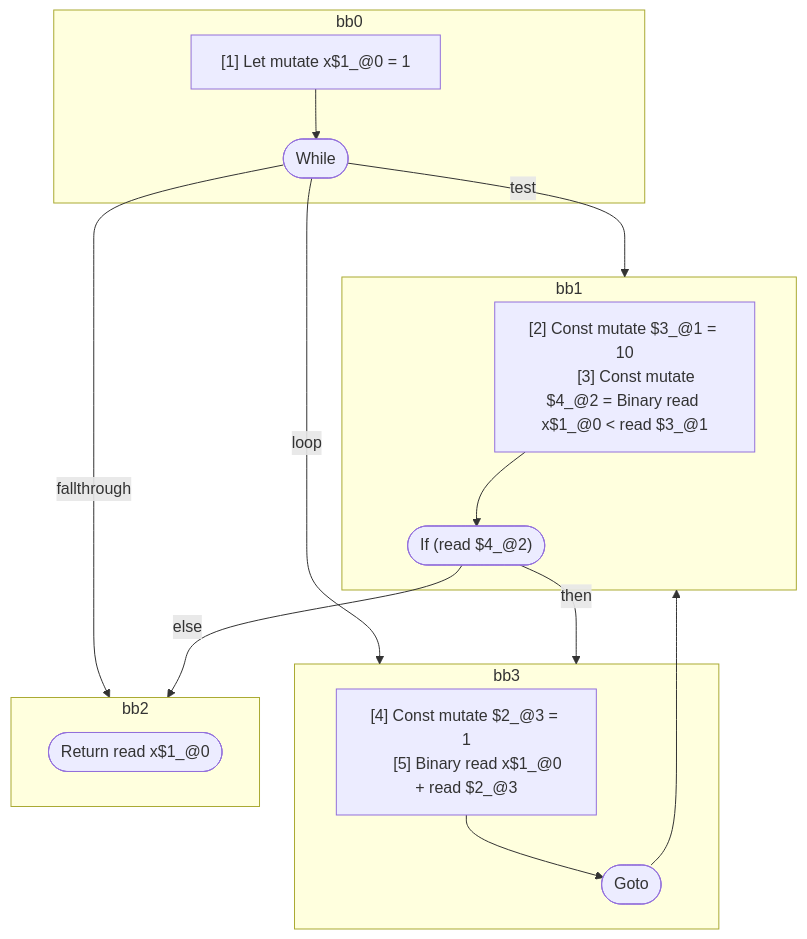
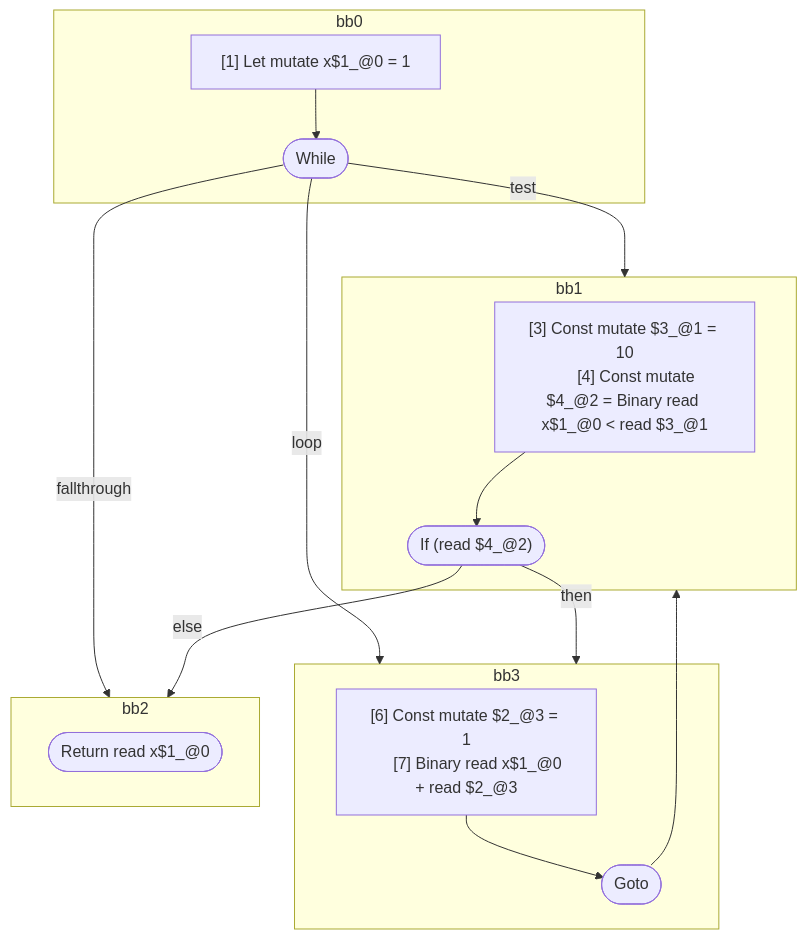
Before and after one commit to wutsmog/private: the diagram in compiler/forget/src/__tests__/fixtures/hir/ssa-while-no-reassign.expect.md, drawn with Mermaid. The commit also changed other lines of this file and 61 other files, not shown here.

````diff
--- a/compiler/forget/src/__tests__/fixtures/hir/ssa-while-no-reassign.expect.md
+++ b/compiler/forget/src/__tests__/fixtures/hir/ssa-while-no-reassign.expect.md
@@ -39,36 +39,36 @@
 ```mermaid
 flowchart TB
   %% Basic Blocks
   subgraph bb0
     bb0_instrs["
       [1] Let mutate x$1_@0 = 1
     "]
     bb0_instrs --> bb0_terminal(["While"])
   end
   subgraph bb1
     bb1_instrs["
-      [2] Const mutate $3_@1 = 10
-      [3] Const mutate $4_@2 = Binary read x$1_@0 < read $3_@1
+      [3] Const mutate $3_@1 = 10
+      [4] Const mutate $4_@2 = Binary read x$1_@0 < read $3_@1
     "]
     bb1_instrs --> bb1_terminal(["If (read $4_@2)"])
   end
   subgraph bb3
     bb3_instrs["
-      [4] Const mutate $2_@3 = 1
-      [5] Binary read x$1_@0 + read $2_@3
+      [6] Const mutate $2_@3 = 1
+      [7] Binary read x$1_@0 + read $2_@3
     "]
     bb3_instrs --> bb3_terminal(["Goto"])
   end
   subgraph bb2
     bb2_terminal(["Return read x$1_@0"])
   end
 
   %% Jumps
   bb0_terminal -- "test" --> bb1
   bb0_terminal -- "loop" --> bb3
   bb0_terminal -- "fallthrough" --> bb2
   bb1_terminal -- "then" --> bb3
   bb1_terminal -- "else" --> bb2
   bb3_terminal --> bb1
 
 ```
````
